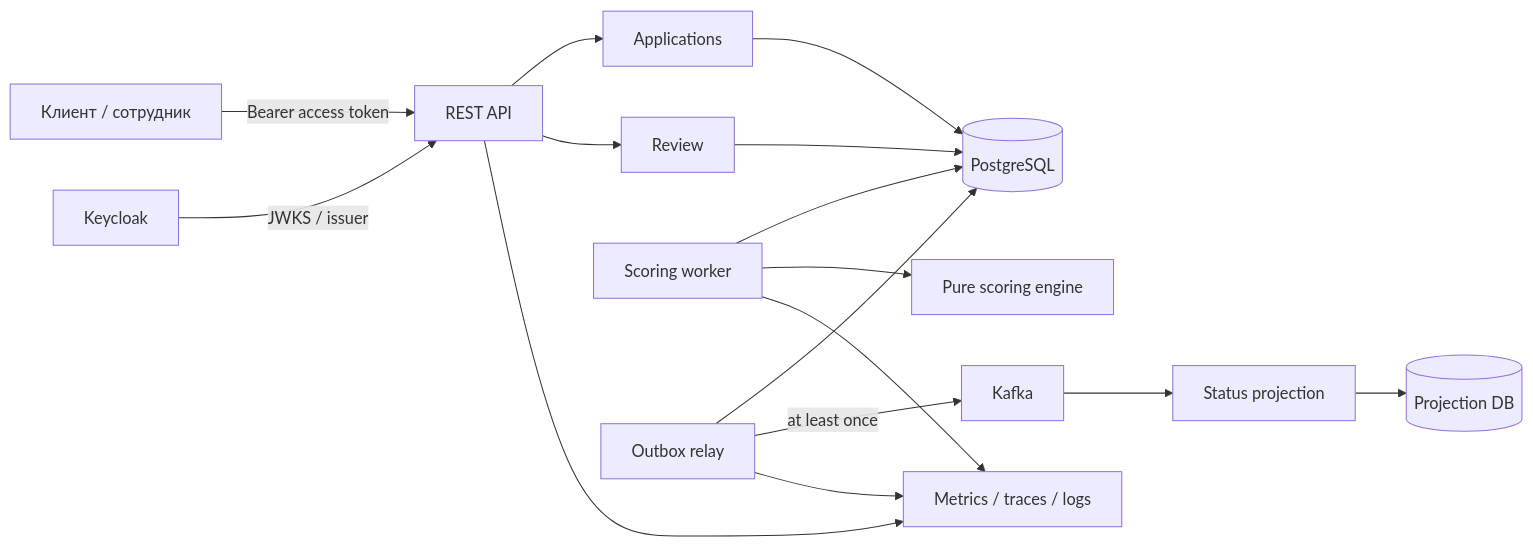
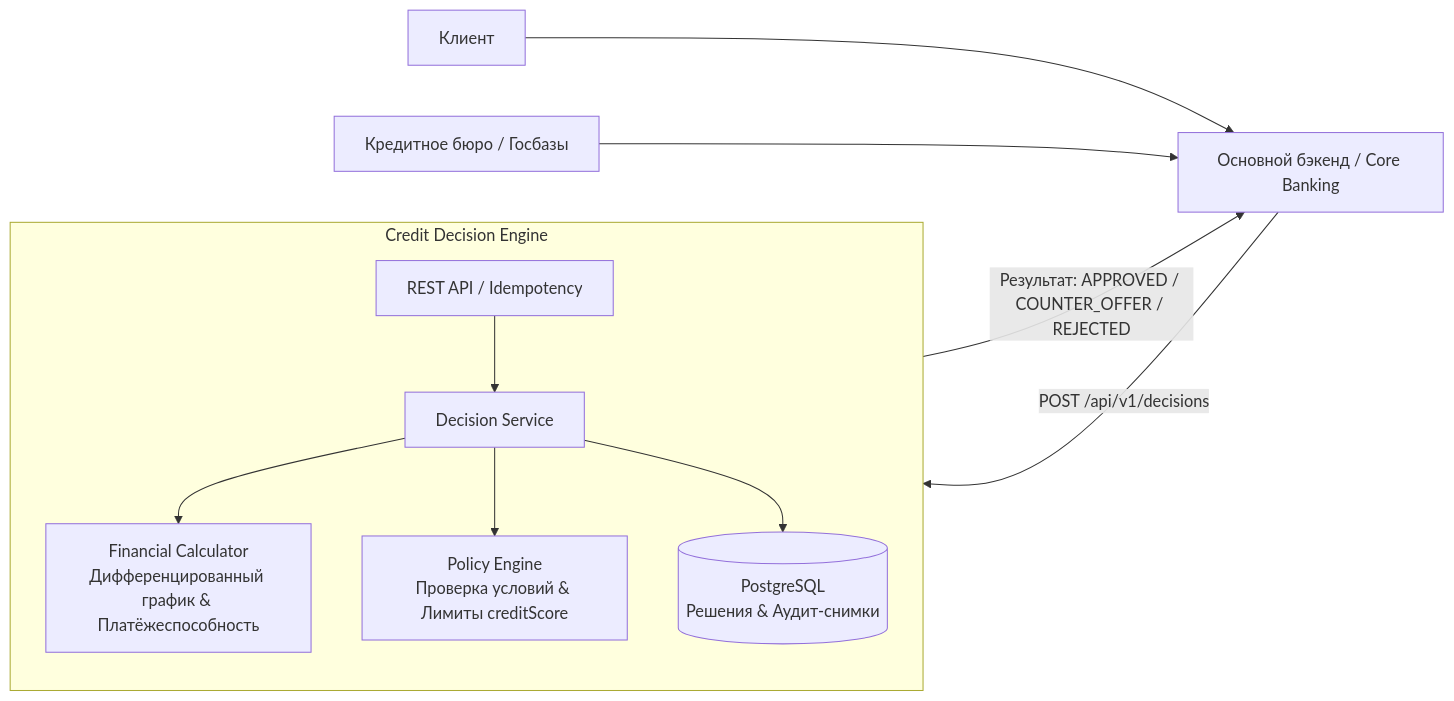
The diagram in docs/design.md (HubertFisher/credit-decision-platform), drawn with Mermaid before and after one commit. The commit also changed other lines of this file and 2 other files, not shown here.

````diff
--- a/docs/design.md
+++ b/docs/design.md
@@ -73,18 +21,13 @@
 ```mermaid
 flowchart LR
-  C[Клиент / сотрудник] -->|Bearer access token| API[REST API]
-  K[Keycloak] -->|JWKS / issuer| API
-  API --> A[Applications]
-  API --> R[Review]
-  A --> DB[(PostgreSQL)]
-  R --> DB
-  W[Scoring worker] --> DB
-  W --> S[Pure scoring engine]
-  O[Outbox relay] --> DB
-  O -->|at least once| Q[Kafka]
-  Q --> P[Status projection]
-  P --> PD[(Projection DB)]
-  API --> M[Metrics / traces / logs]
-  W --> M
-  O --> M
+  Client[Клиент] --> Core[Основной бэкенд / Core Banking]
+  BKI[Кредитное бюро / Госбазы] --> Core
+  Core -->|POST /api/v1/decisions| CDE[Credit Decision Engine]
+  subgraph CDE [Credit Decision Engine]
+    API[REST API / Idempotency] --> DecisionService[Decision Service]
+    DecisionService --> FinCalc[Financial Calculator\nДифференцированный график & Платёжеспособность]
+    DecisionService --> PolicyEngine[Policy Engine\nПроверка условий & Лимиты creditScore]
+    DecisionService --> DB[(PostgreSQL\nРешения & Аудит-снимки)]
+  end
+  CDE -->|Результат: APPROVED / COUNTER_OFFER / REJECTED| Core
 ```
````
